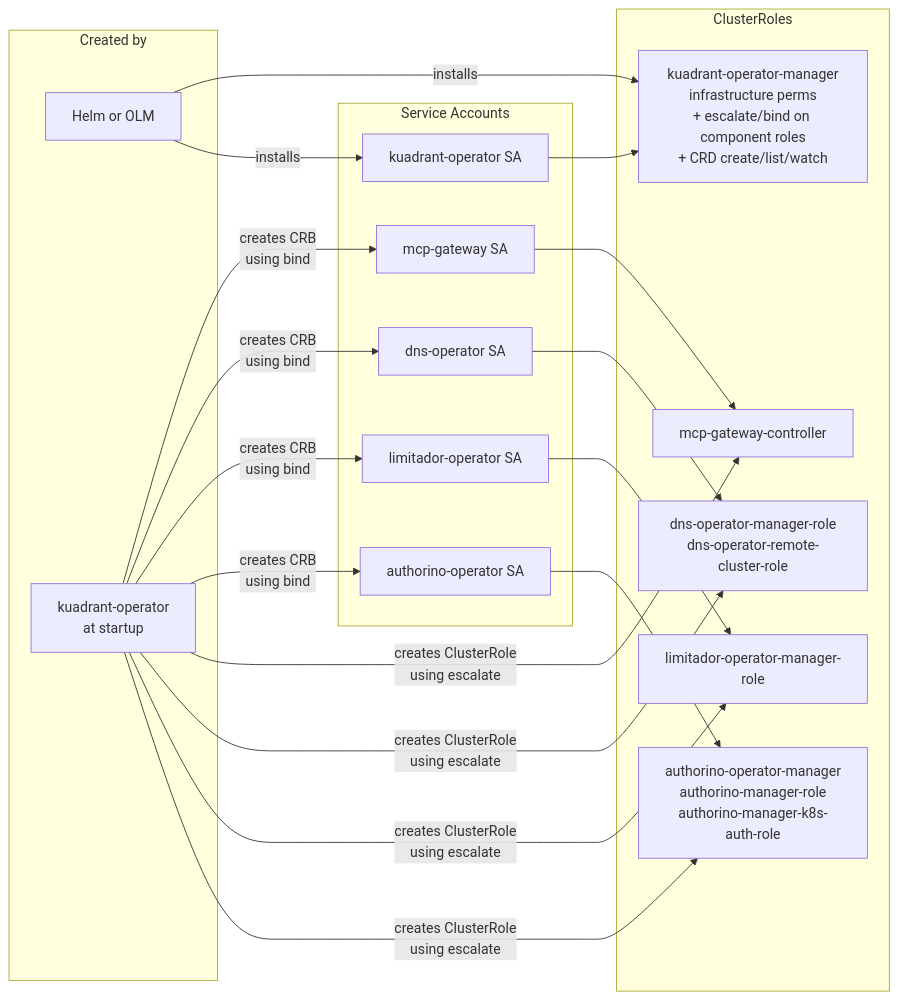
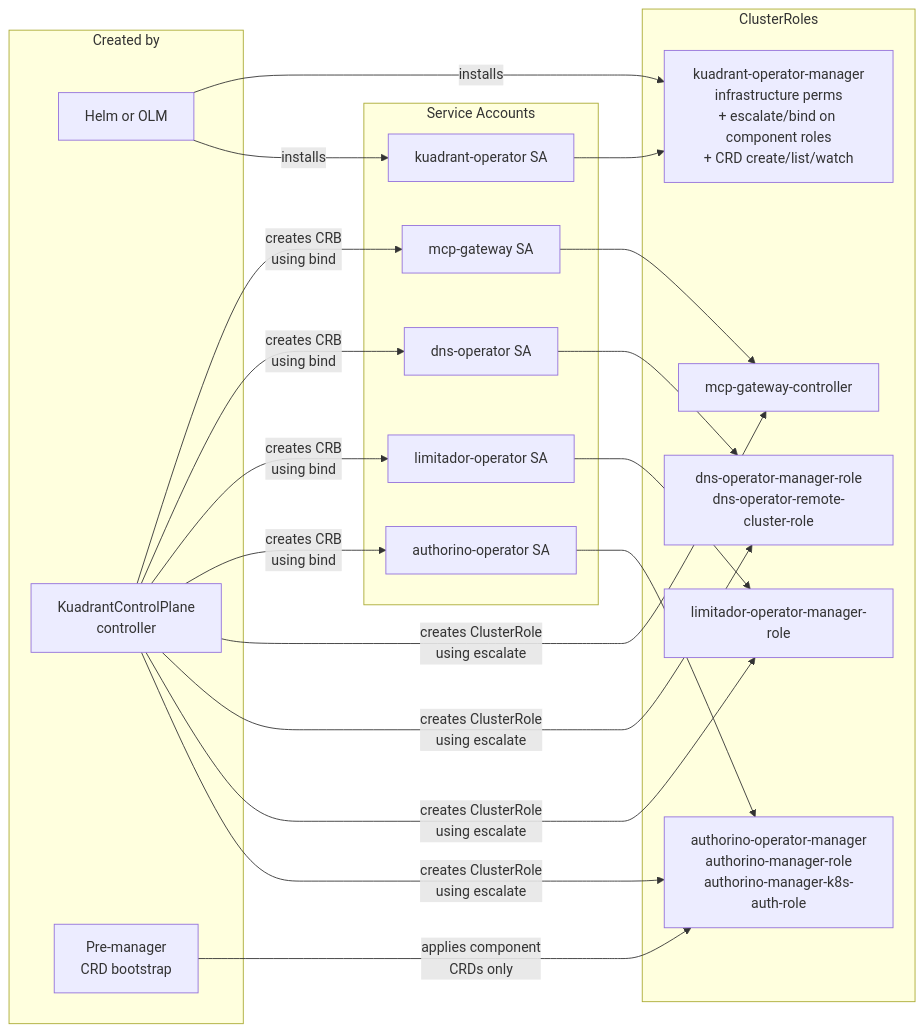
The fifth of 6 diagrams in rfcs/0019-olmv1-operator-consolidation/architecture-diagrams.md (Kuadrant/architecture), drawn with Mermaid before and after one commit. The commit also changed other lines of this file, not shown here.

Commit message:
fix: update architecture diagrams for review findings
- Route KCP arrows through controller to deployed
  resources, not directly to component operators
- Show KuadrantControlPlane controller as resource
  creator instead of "at startup"
- Add pre-manager CRD bootstrap as distinct actor
  in RBAC diagram

````diff
--- a/rfcs/0019-olmv1-operator-consolidation/architecture-diagrams.md
+++ b/rfcs/0019-olmv1-operator-consolidation/architecture-diagrams.md
@@ -148,40 +149,42 @@
 ```mermaid
 graph LR
     subgraph sa["Service Accounts"]
         KSA["kuadrant-operator SA"]
         ASA["authorino-operator SA"]
         LSA["limitador-operator SA"]
         DSA["dns-operator SA"]
         MSA["mcp-gateway SA"]
     end
 
     subgraph roles["ClusterRoles"]
         KR["kuadrant-operator-manager<br/>infrastructure perms<br/>+ escalate/bind on component roles<br/>+ CRD create/list/watch"]
         AR["authorino-operator-manager<br/>authorino-manager-role<br/>authorino-manager-k8s-auth-role"]
         LR_["limitador-operator-manager-role"]
         DR["dns-operator-manager-role<br/>dns-operator-remote-cluster-role"]
         MR["mcp-gateway-controller"]
     end
 
     subgraph who["Created by"]
         OLM_H["Helm or OLM"]
-        KUADRANT["kuadrant-operator<br/>at startup"]
+        KCP_CTRL["KuadrantControlPlane<br/>controller"]
+        BOOTSTRAP["Pre-manager<br/>CRD bootstrap"]
     end
 
     OLM_H -->|"installs"| KSA
     OLM_H -->|"installs"| KR
     KSA --> KR
 
-    KUADRANT -->|"creates ClusterRole<br/>using escalate"| AR
-    KUADRANT -->|"creates ClusterRole<br/>using escalate"| LR_
-    KUADRANT -->|"creates ClusterRole<br/>using escalate"| DR
-    KUADRANT -->|"creates ClusterRole<br/>using escalate"| MR
-    KUADRANT -->|"creates CRB<br/>using bind"| ASA
-    KUADRANT -->|"creates CRB<br/>using bind"| LSA
-    KUADRANT -->|"creates CRB<br/>using bind"| DSA
-    KUADRANT -->|"creates CRB<br/>using bind"| MSA
+    BOOTSTRAP -->|"applies component<br/>CRDs only"| AR
+    KCP_CTRL -->|"creates ClusterRole<br/>using escalate"| AR
+    KCP_CTRL -->|"creates ClusterRole<br/>using escalate"| LR_
+    KCP_CTRL -->|"creates ClusterRole<br/>using escalate"| DR
+    KCP_CTRL -->|"creates ClusterRole<br/>using escalate"| MR
+    KCP_CTRL -->|"creates CRB<br/>using bind"| ASA
+    KCP_CTRL -->|"creates CRB<br/>using bind"| LSA
+    KCP_CTRL -->|"creates CRB<br/>using bind"| DSA
+    KCP_CTRL -->|"creates CRB<br/>using bind"| MSA
     ASA --> AR
     LSA --> LR_
     DSA --> DR
     MSA --> MR
 ```
````
